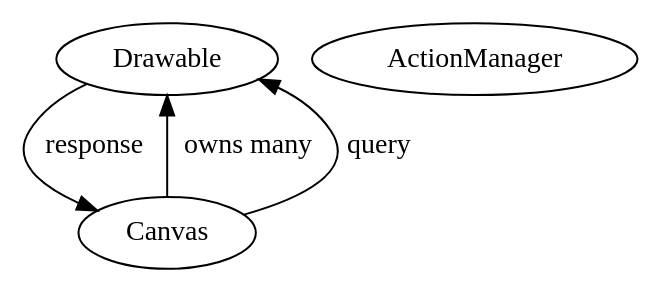
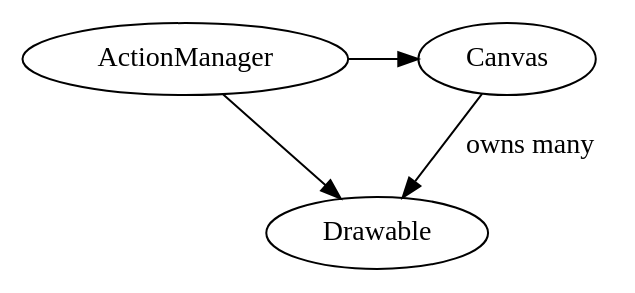
One commit to EltayebAhmed/pyCollage changed the diagram in docs/logic_flow_chart.dot. Above: the diagram before and after it, drawn with Graphviz. The commit also changed 10 other files, not shown here.

```diff
--- a/docs/logic_flow_chart.dot
+++ b/docs/logic_flow_chart.dot
@@ -1,10 +1,12 @@
 digraph{
     Drawable [label=Drawable]
     Canvas [label=Canvas]
     ActionManager[label=ActionManager]
 
     Canvas -> Drawable [label="owns many"]
-    Drawable -> Canvas [label = response]
-    Canvas -> Drawable [label= query]
 
+    ActionManager -> Drawable
+    ActionManager -> Canvas
+
+    {rank=same; ActionManager, Canvas}
 }
```
